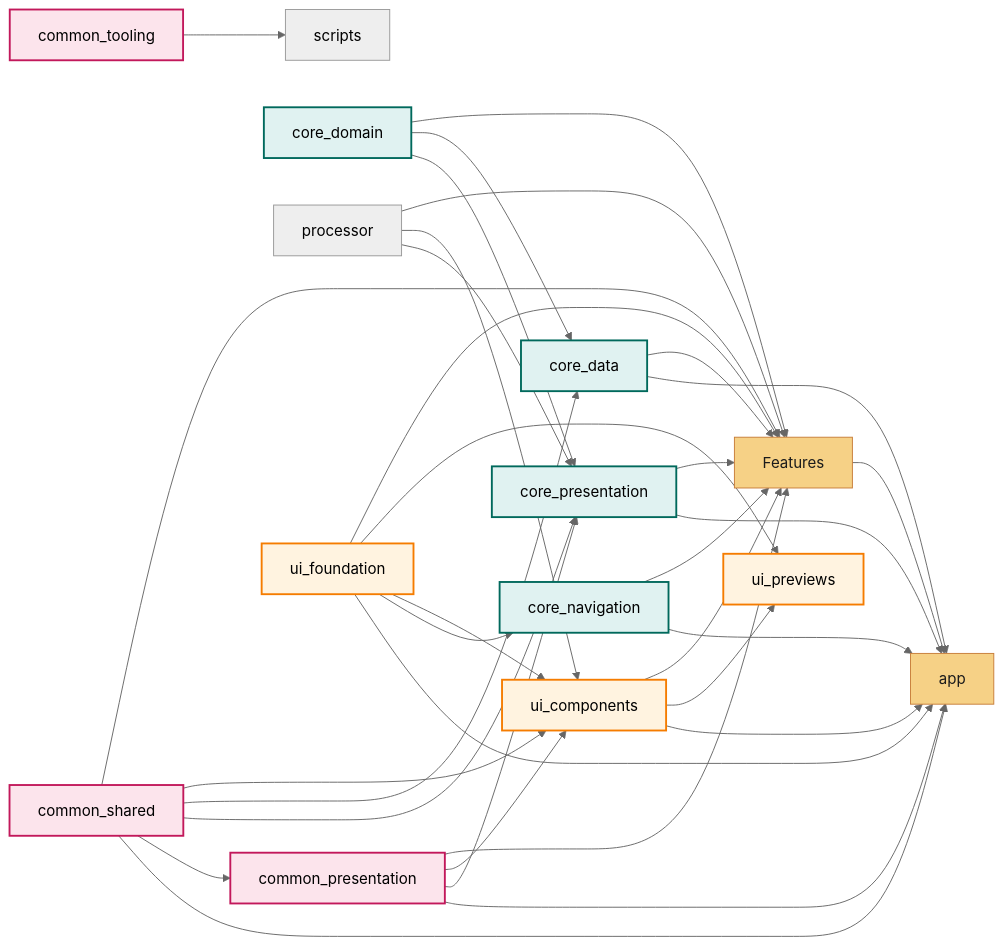
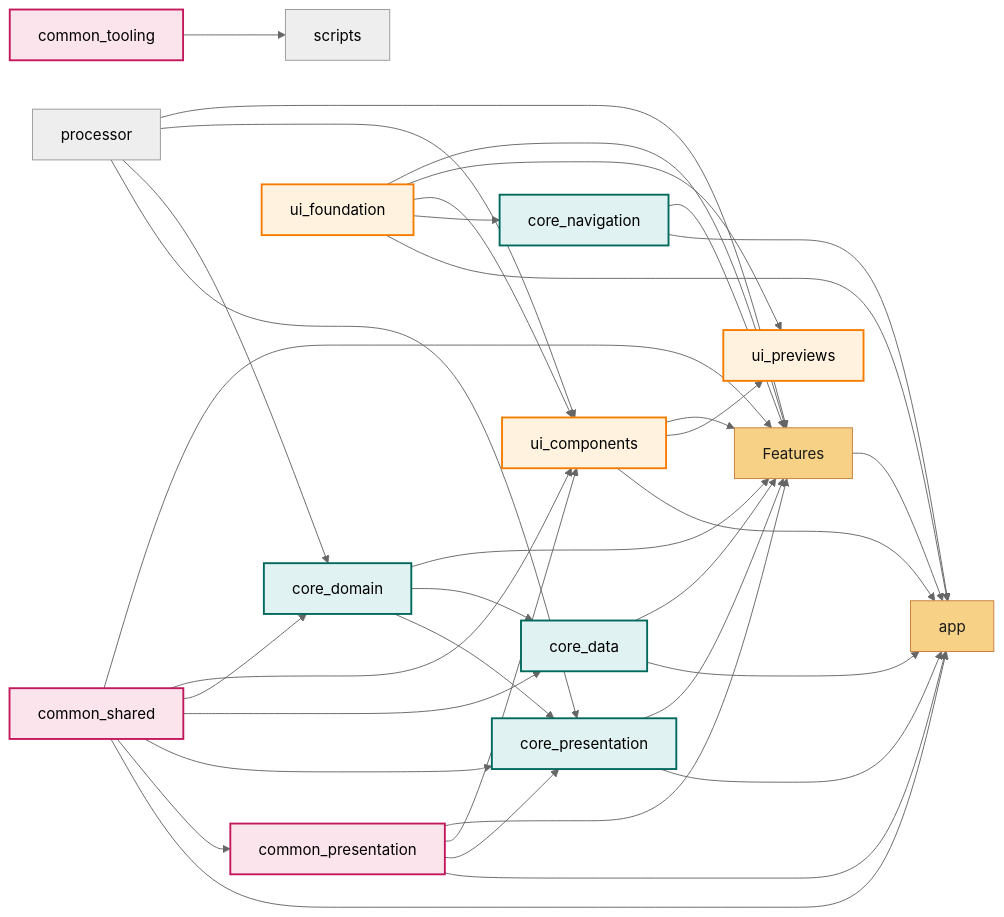
The first of 4 diagrams in flutter/module_graph.md (hhumbetovv/fullstack-template), drawn with Mermaid (neutral theme) before and after one commit. The commit also changed other lines of this file and 10 other files, not shown here.

````diff
--- a/flutter/module_graph.md
+++ b/flutter/module_graph.md
@@ -5,66 +5,68 @@
 ```mermaid
 graph LR
     app["app"]
     common_presentation["common_presentation"]
     common_presentation:::common
     common_shared["common_shared"]
     common_shared:::common
     common_tooling["common_tooling"]
     common_tooling:::common
     core_data["core_data"]
     core_data:::core
     core_domain["core_domain"]
     core_domain:::core
     core_navigation["core_navigation"]
     core_navigation:::core
     core_presentation["core_presentation"]
     core_presentation:::core
     processor["processor"]
     scripts["scripts"]
     ui_components["ui_components"]
     ui_components:::ui
     ui_foundation["ui_foundation"]
     ui_foundation:::ui
     ui_previews["ui_previews"]
     ui_previews:::ui
     class app feature
     common_tooling --> scripts
     common_presentation --> app
     common_shared --> app
     core_data --> app
     core_navigation --> app
     core_presentation --> app
     ui_components --> app
     ui_foundation --> app
     common_shared --> common_presentation
     common_presentation --> core_presentation
     common_shared --> core_presentation
     core_domain --> core_presentation
     processor --> core_presentation
     ui_foundation --> core_navigation
     common_shared --> core_data
     core_domain --> core_data
+    common_shared --> core_domain
+    processor --> core_domain
     common_presentation --> ui_components
     common_shared --> ui_components
     processor --> ui_components
     ui_foundation --> ui_components
     ui_components --> ui_previews
     ui_foundation --> ui_previews
     features["Features"]
     class features feature
     common_presentation --> features
     common_shared --> features
     core_data --> features
     core_domain --> features
     core_navigation --> features
     core_presentation --> features
     processor --> features
     ui_components --> features
     ui_foundation --> features
     features --> app
 
     classDef ui fill:#fff3e0,stroke:#f57c00,stroke-width:2px,color:#000000;
     classDef common fill:#fce4ec,stroke:#c2185b,stroke-width:2px,color:#000000;
     classDef core fill:#e0f2f1,stroke:#00695c,stroke-width:2px,color:#000000;
     classDef feature fill:#f6d186,stroke:#c77d39,color:#1b1b1b;
 ```
````
